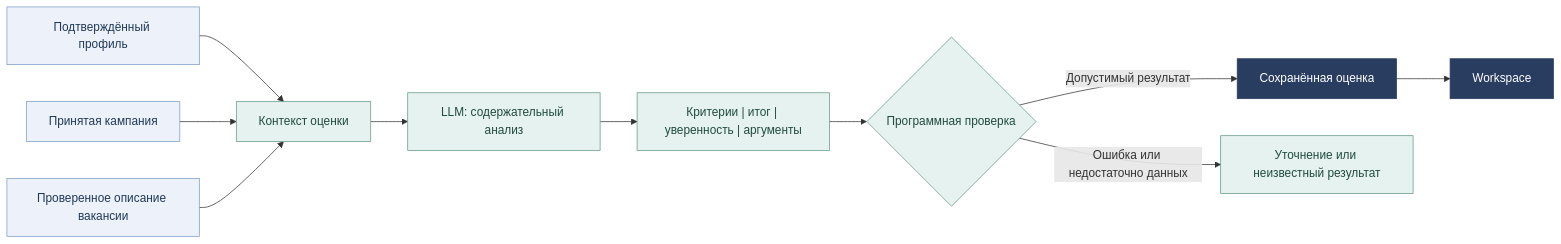
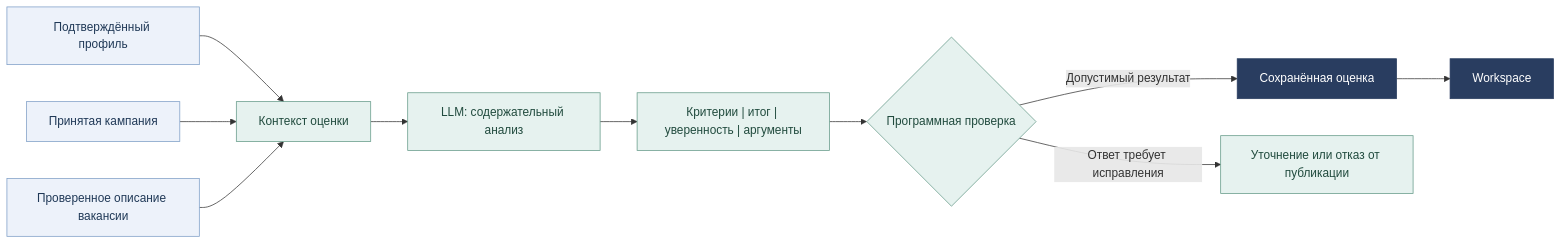
One commit to Vkuvalin/vacancy_collector_public changed the third of 4 diagrams in PRESENTATION.md. Above: the diagram before and after it, drawn with Mermaid. The commit also changed other lines of this file, not shown here.

Commit message:
docs(showcase): clarify validation flow and remove completed image slot

````diff
--- a/PRESENTATION.md
+++ b/PRESENTATION.md
@@ -115,18 +115,18 @@
 ```mermaid
 flowchart LR
     P["Подтверждённый профиль"] --> X["Контекст оценки"]
     G["Принятая кампания"] --> X
     V["Проверенное описание вакансии"] --> X
     X --> L["LLM: содержательный анализ"]
     L --> S["Критерии | итог | уверенность | аргументы"]
     S --> C{"Программная проверка"}
     C -->|"Допустимый результат"| R["Сохранённая оценка"]
-    C -->|"Ошибка или недостаточно данных"| U["Уточнение или неизвестный результат"]
+    C -->|"Ответ требует исправления"| U["Уточнение или отказ от публикации"]
     R --> W["Workspace"]
     classDef input fill:#edf2fa,stroke:#7c9dc6,color:#203957;
     classDef process fill:#e6f2ef,stroke:#639987,color:#214b3e;
     classDef output fill:#293d60,stroke:#293d60,color:#fff;
     class P,G,V input;
     class X,L,S,C,U process;
     class R,W output;
 ```
````
